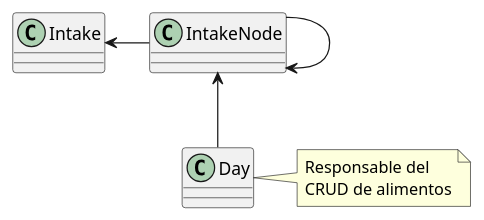
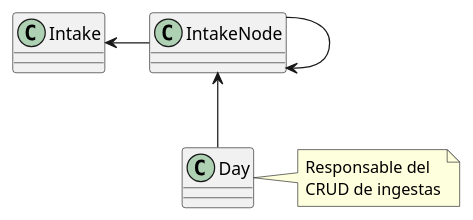
One commit to puntoReflex/pyDiaDietaIngesta changed the diagram in modelosUML/iteracion2.puml. Above: the diagram before and after it, drawn with PlantUML. The commit also changed 11 other files, not shown here.

```diff
--- a/modelosUML/iteracion2.puml
+++ b/modelosUML/iteracion2.puml
@@ -1,12 +1,12 @@
 class Intake
 class IntakeNode
 class Day
 
 note right
     Responsable del
-    CRUD de alimentos
+    CRUD de ingestas
 end note
 
 Intake <--r-- IntakeNode
 IntakeNode --> IntakeNode
 Day -u-> IntakeNode
```
